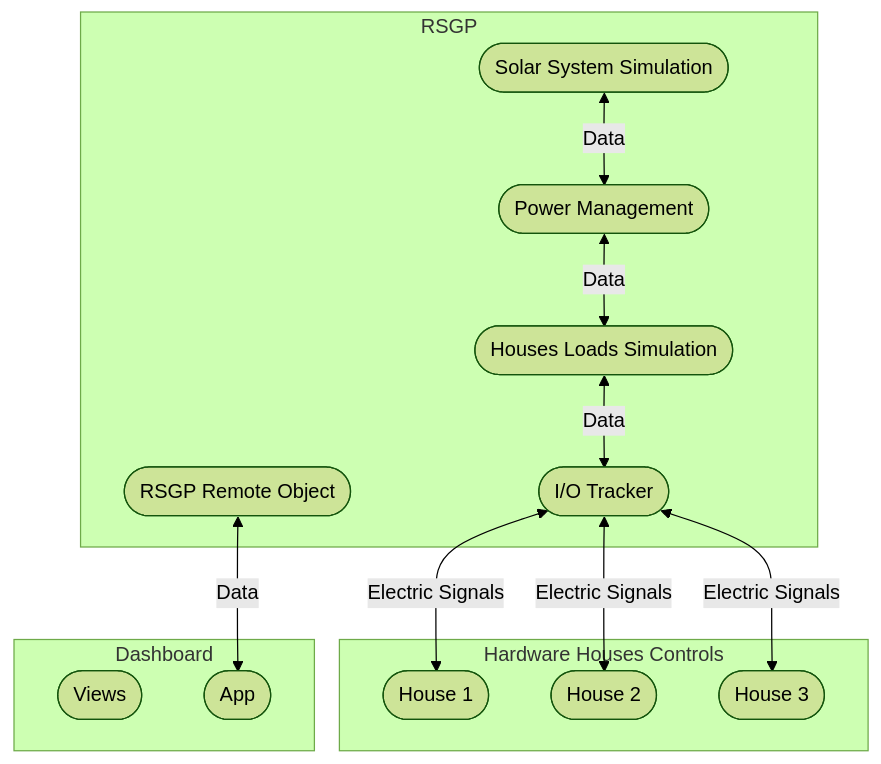
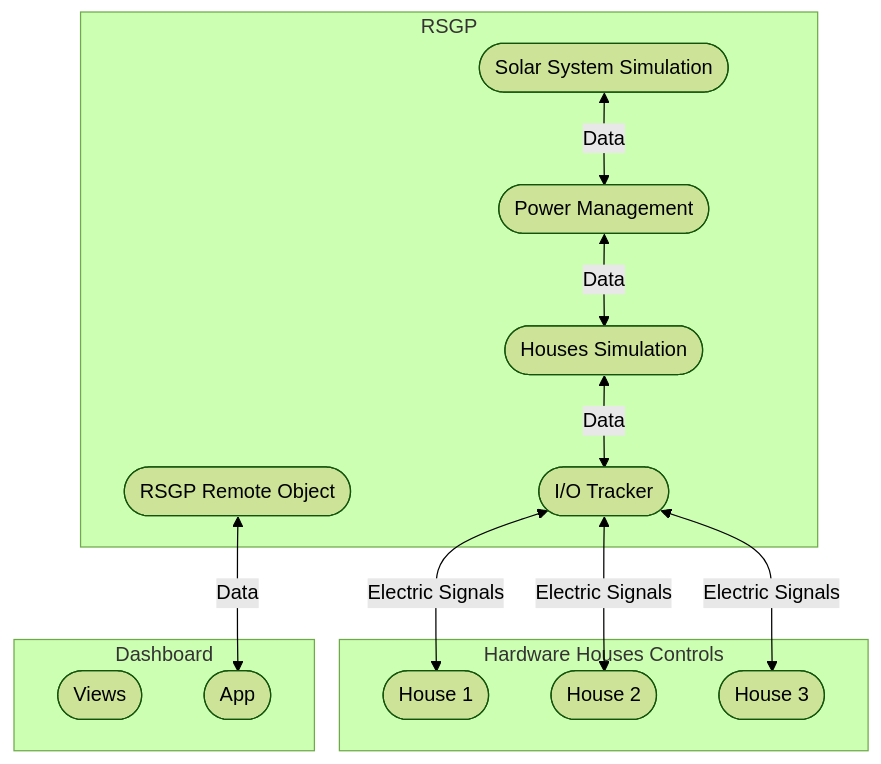
The first of 2 diagrams in README.md (ezAldinWaez/residential-smart-grid-prototype), drawn with Mermaid (forest theme) before and after one commit. The commit also changed other lines of this file and 17 other files, not shown here.

Commit message:
refactor: rename houses_loads_sim to houses_sim

````diff
--- a/README.md
+++ b/README.md
@@ -30,26 +30,26 @@
 ```mermaid
 graph TB
 
   subgraph HHC[Hardware Houses Controls]
     HHC_H1([House 1])
     HHC_H2([House 2])
     HHC_H3([House 3])
   end
 
   subgraph RSGP[RSGP]
     RSGP_SSS([Solar System Simulation])
     RSGP_PM([Power Management])
-    RSGP_HLS([Houses Loads Simulation])
+    RSGP_HS([Houses Simulation])
     RSGP_IOT([I/O Tracker])
     RSGP_RO([RSGP Remote Object])
   end
 
   subgraph D[Dashboard]
     D_V([Views])
     D_A([App])
   end
 
-  RSGP_SSS <--Data--> RSGP_PM <--Data--> RSGP_HLS
-  RSGP_HLS <--Data--> RSGP_IOT <--Electric Signals--> HHC_H1 & HHC_H2 & HHC_H3
+  RSGP_SSS <--Data--> RSGP_PM <--Data--> RSGP_HS
+  RSGP_HS <--Data--> RSGP_IOT <--Electric Signals--> HHC_H1 & HHC_H2 & HHC_H3
   RSGP_RO <--Data--> D_A
 ```
````
